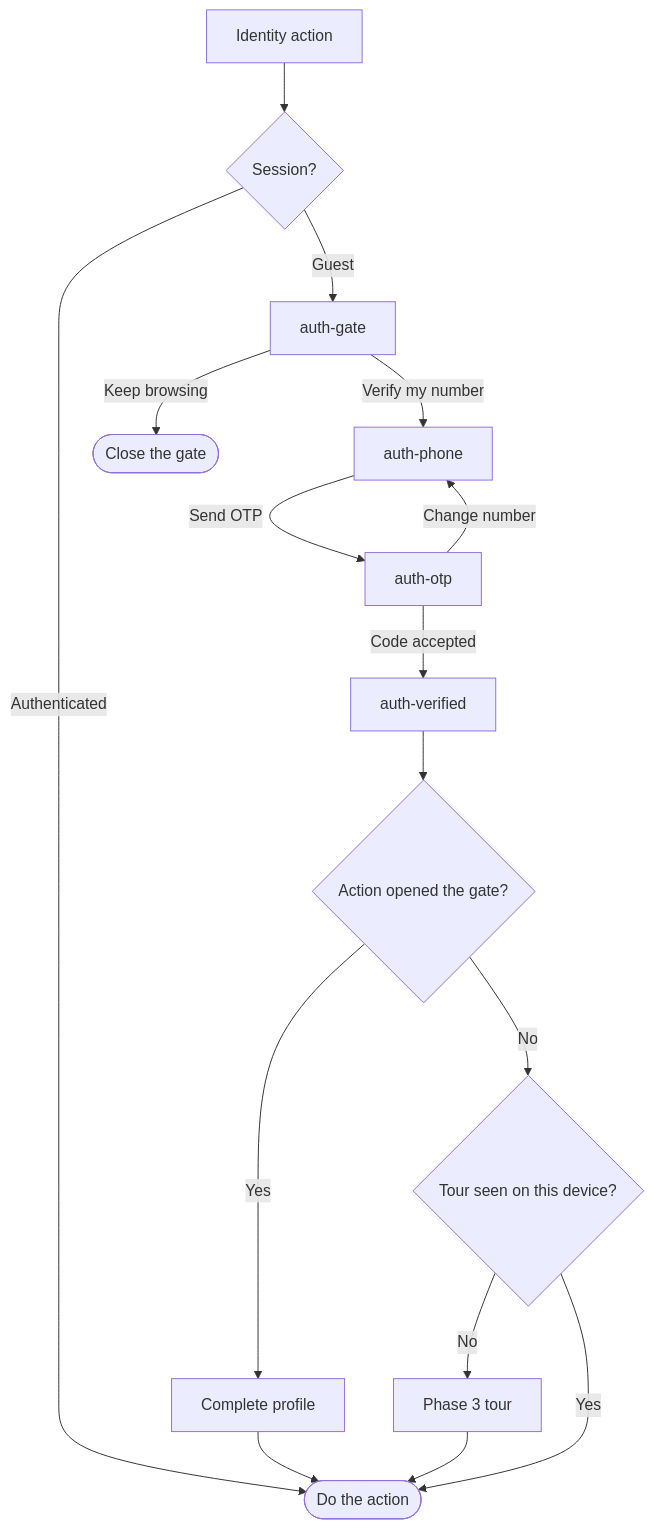
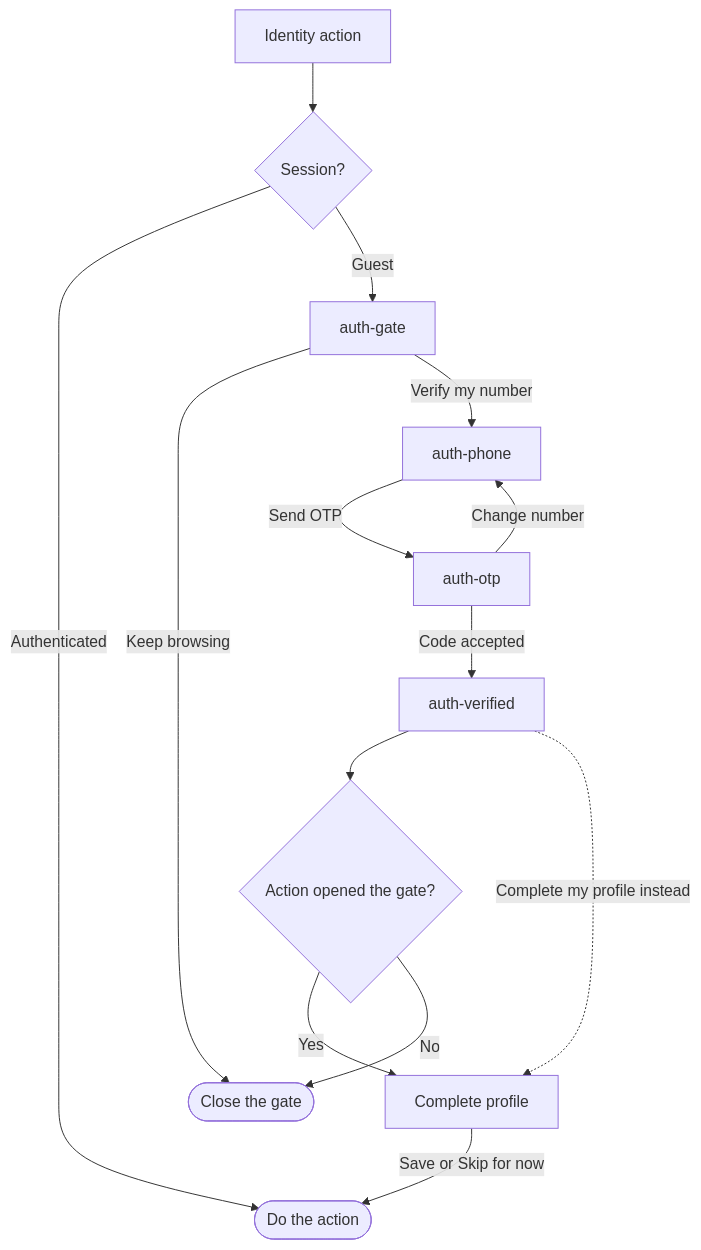
Before and after one commit to bawra11/elite-product: the first of 2 diagrams in product/detail-flows/02-auth.md, drawn with Mermaid. The commit also changed other lines of this file and 6 other files, not shown here.

First line of the commit message:
Context sync: real Complete profile, no tour after sign-in, Token purchase and BE drift; bump submodules

````diff
--- a/product/detail-flows/02-auth.md
+++ b/product/detail-flows/02-auth.md
@@ -15,18 +15,16 @@
 ```mermaid
 flowchart TD
   action["Identity action"] --> session{Session?}
   session -->|Authenticated| go([Do the action])
   session -->|Guest| gate["auth-gate"]
   gate -->|Keep browsing| back([Close the gate])
   gate -->|Verify my number| phone["auth-phone"]
   phone -->|Send OTP| otp["auth-otp"]
   otp -->|Change number| phone
   otp -->|Code accepted| verified["auth-verified"]
   verified --> gated{Action opened the gate?}
   gated -->|Yes| profile["Complete profile"]
-  gated -->|No| seen{Tour seen on this device?}
-  seen -->|No| tour["Phase 3 tour"]
-  seen -->|Yes| go
-  profile --> go
-  tour --> go
+  gated -->|No| back
+  verified -.->|Complete my profile instead| profile
+  profile -->|Save or Skip for now| go
 ```
````
